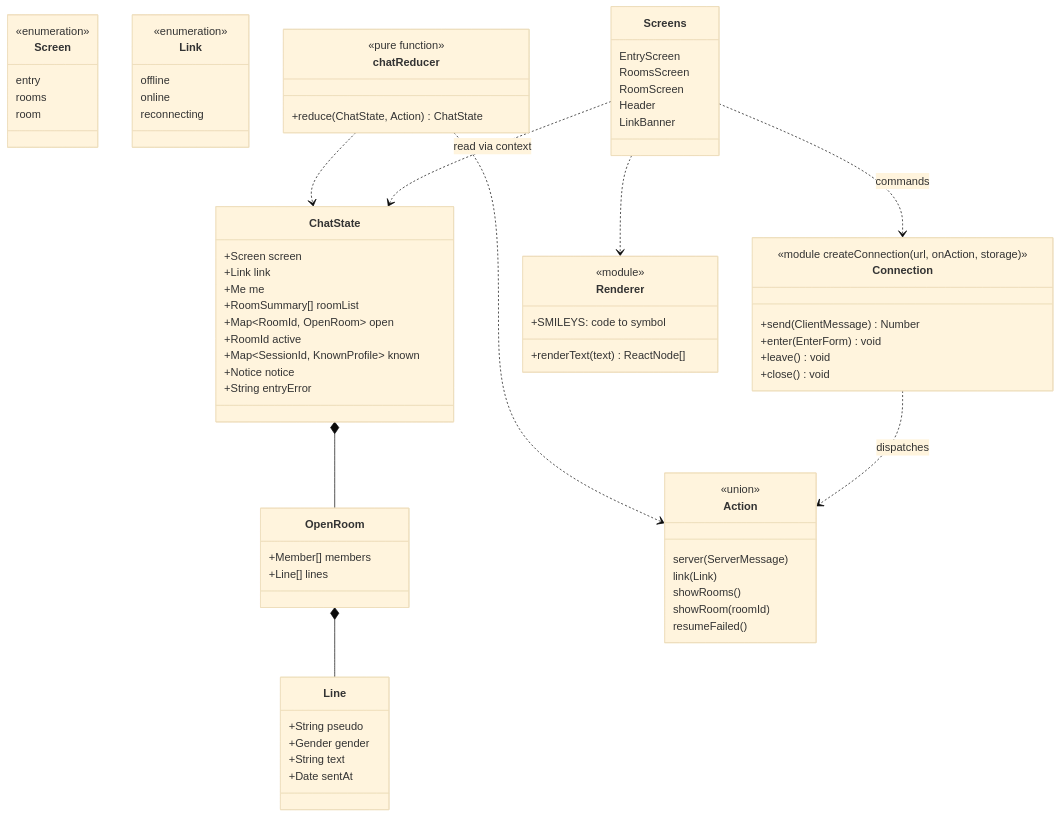
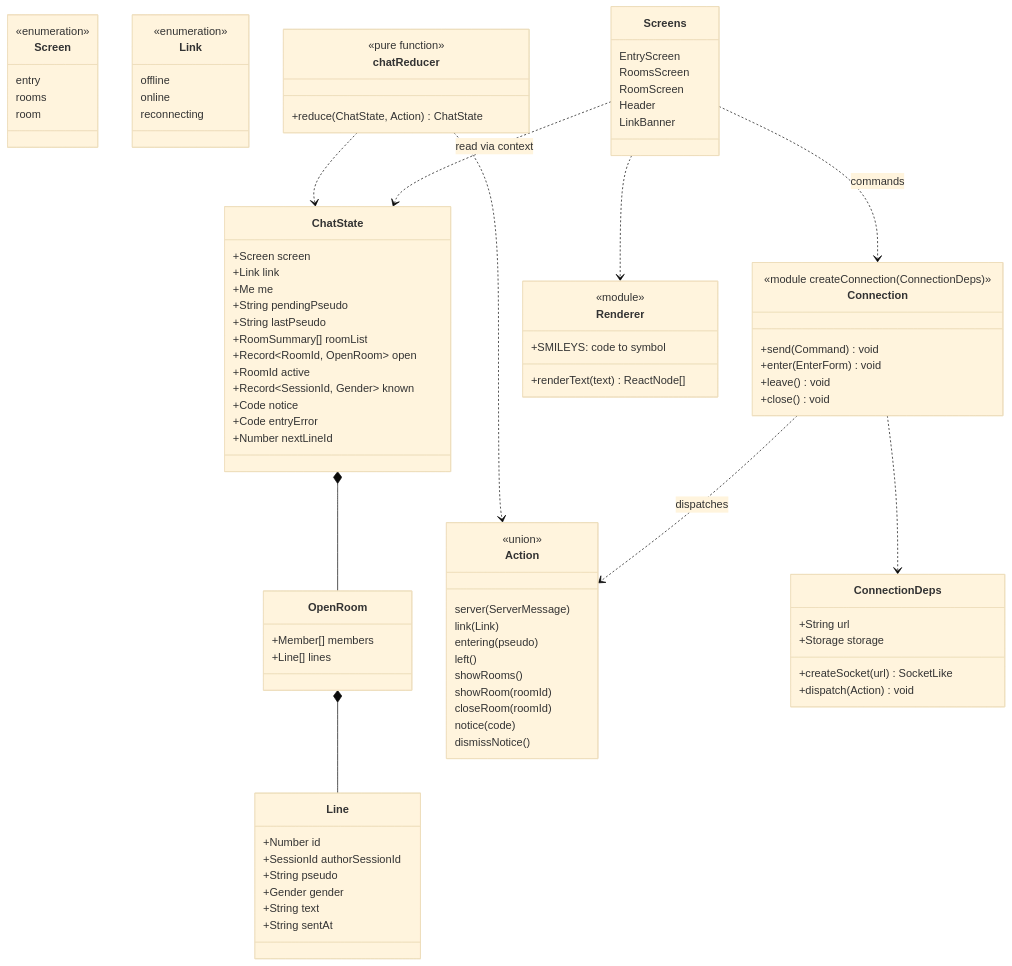
Before and after one commit to benoit-bremaud/asv: the diagram in docs/architecture/diagrams/web-ui/04-class-client-state.md, drawn with Mermaid (base theme). The commit also changed other lines of this file and 21 other files, not shown here.

```diff
--- a/docs/architecture/diagrams/web-ui/04-class-client-state.md
+++ b/docs/architecture/diagrams/web-ui/04-class-client-state.md
@@ -20,12 +20,15 @@
     +Screen screen
     +Link link
     +Me me
+    +String pendingPseudo
+    +String lastPseudo
     +RoomSummary[] roomList
-    +Map~RoomId, OpenRoom~ open
+    +Record~RoomId, OpenRoom~ open
     +RoomId active
-    +Map~SessionId, KnownProfile~ known
-    +Notice notice
-    +String entryError
+    +Record~SessionId, Gender~ known
+    +Code notice
+    +Code entryError
+    +Number nextLineId
   }
   class Screen {
     <<enumeration>>
@@ -44,29 +47,41 @@
     +Line[] lines
   }
   class Line {
+    +Number id
+    +SessionId authorSessionId
     +String pseudo
     +Gender gender
     +String text
-    +Date sentAt
+    +String sentAt
   }
   class Action {
     <<union>>
     server(ServerMessage)
     link(Link)
+    entering(pseudo)
+    left()
     showRooms()
     showRoom(roomId)
-    resumeFailed()
+    closeRoom(roomId)
+    notice(code)
+    dismissNotice()
   }
   class chatReducer {
     <<pure function>>
     +reduce(ChatState, Action) ChatState
   }
   class Connection {
-    <<module createConnection(url, onAction, storage)>>
-    +send(ClientMessage) Number
+    <<module createConnection(ConnectionDeps)>>
+    +send(Command) void
     +enter(EnterForm) void
     +leave() void
     +close() void
+  }
+  class ConnectionDeps {
+    +String url
+    +createSocket(url) SocketLike
+    +Storage storage
+    +dispatch(Action) void
   }
   class Renderer {
     <<module>>
@@ -83,6 +98,7 @@
   chatReducer ..> ChatState
   chatReducer ..> Action
   Connection ..> Action : dispatches
+  Connection ..> ConnectionDeps
   Screens ..> ChatState : read via context
   Screens ..> Connection : commands
   Screens ..> Renderer
```
